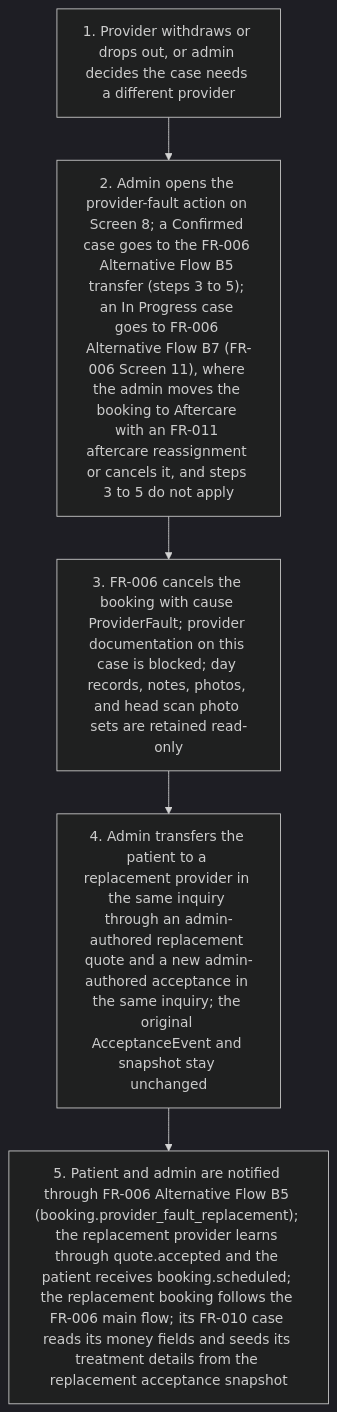
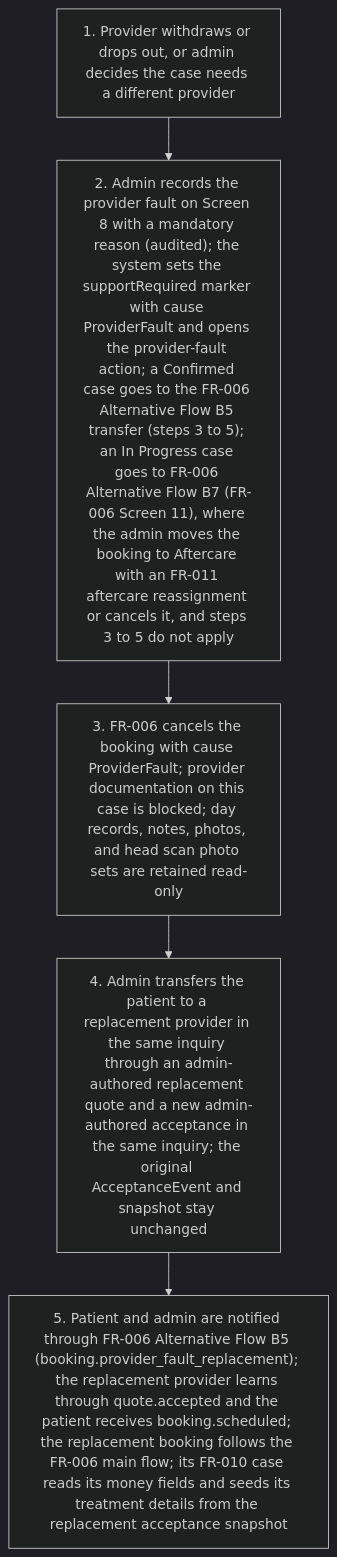
Before and after one commit to joachimtrungtuan/hairline-pm-docs: the tenth of 10 diagrams in project-requirements/functional-requirements/fr010-treatment-execution/prd.md, drawn with Mermaid (dark theme). The commit also changed other lines of this file and 5 other files, not shown here.

````diff
--- a/project-requirements/functional-requirements/fr010-treatment-execution/prd.md
+++ b/project-requirements/functional-requirements/fr010-treatment-execution/prd.md
@@ -241,8 +255,8 @@
 ```mermaid
 flowchart TD
   B6S1["1. Provider withdraws or drops out, or admin decides the case needs a different provider"] --> B6S2
-  B6S2["2. Admin opens the provider-fault action on Screen 8; a Confirmed case goes to the FR-006 Alternative Flow B5 transfer (steps 3 to 5); an In Progress case goes to FR-006 Alternative Flow B7 (FR-006 Screen 11), where the admin moves the booking to Aftercare with an FR-011 aftercare reassignment or cancels it, and steps 3 to 5 do not apply"] --> B6S3
+  B6S2["2. Admin records the provider fault on Screen 8 with a mandatory reason (audited); the system sets the supportRequired marker with cause ProviderFault and opens the provider-fault action; a Confirmed case goes to the FR-006 Alternative Flow B5 transfer (steps 3 to 5); an In Progress case goes to FR-006 Alternative Flow B7 (FR-006 Screen 11), where the admin moves the booking to Aftercare with an FR-011 aftercare reassignment or cancels it, and steps 3 to 5 do not apply"] --> B6S3
   B6S3["3. FR-006 cancels the booking with cause ProviderFault; provider documentation on this case is blocked; day records, notes, photos, and head scan photo sets are retained read-only"] --> B6S4
   B6S4["4. Admin transfers the patient to a replacement provider in the same inquiry through an admin-authored replacement quote and a new admin-authored acceptance in the same inquiry; the original AcceptanceEvent and snapshot stay unchanged"] --> B6S5
   B6S5["5. Patient and admin are notified through FR-006 Alternative Flow B5 (booking.provider_fault_replacement); the replacement provider learns through quote.accepted and the patient receives booking.scheduled; the replacement booking follows the FR-006 main flow; its FR-010 case reads its money fields and seeds its treatment details from the replacement acceptance snapshot"]
 ```
````
